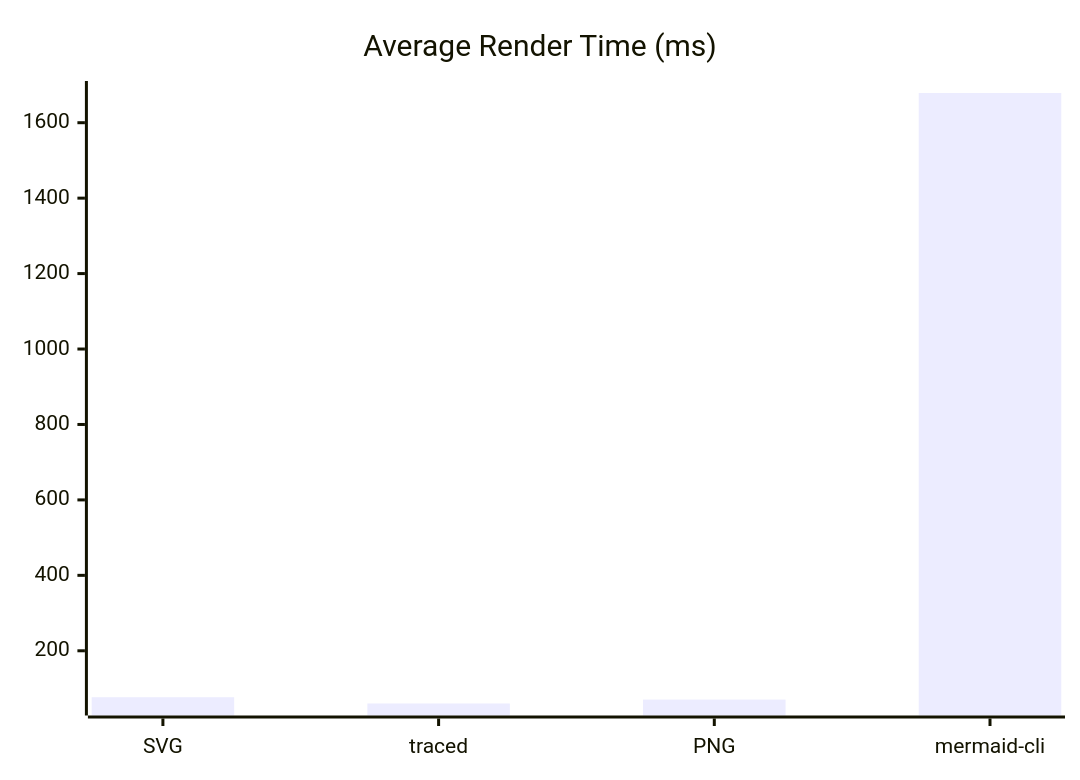
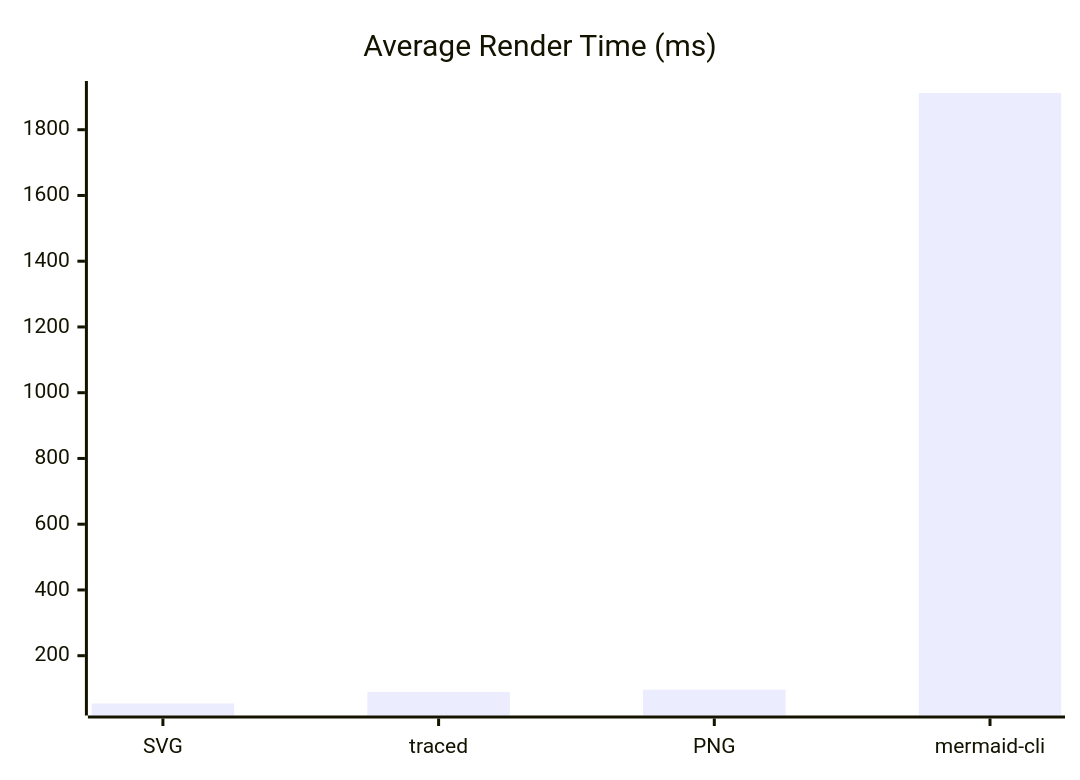
Before and after one commit to creadri/sebastianjs: the diagram in README.md, drawn with Mermaid. The commit also changed other lines of this file and 1 other file, not shown here.

````diff
--- a/README.md
+++ b/README.md
@@ -189,6 +188,6 @@
 ```mermaid
 xychart-beta
   title "Average Render Time (ms)"
   x-axis ["SVG", "traced", "PNG", "mermaid-cli"]
-  bar [76.92, 60.25, 70.67, 1678.75]
+  bar [54.58, 89.91, 96.64, 1911.68]
 ```
````
